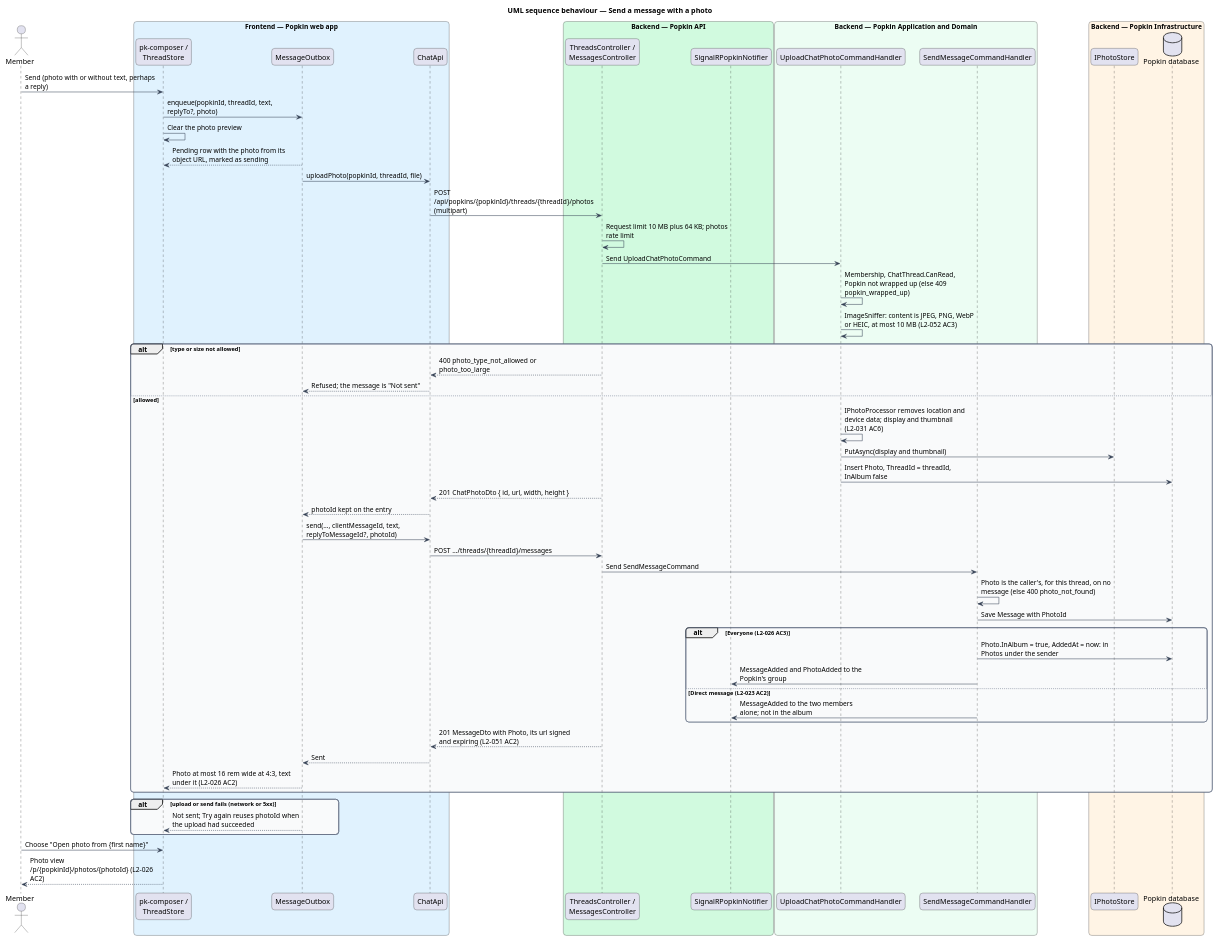
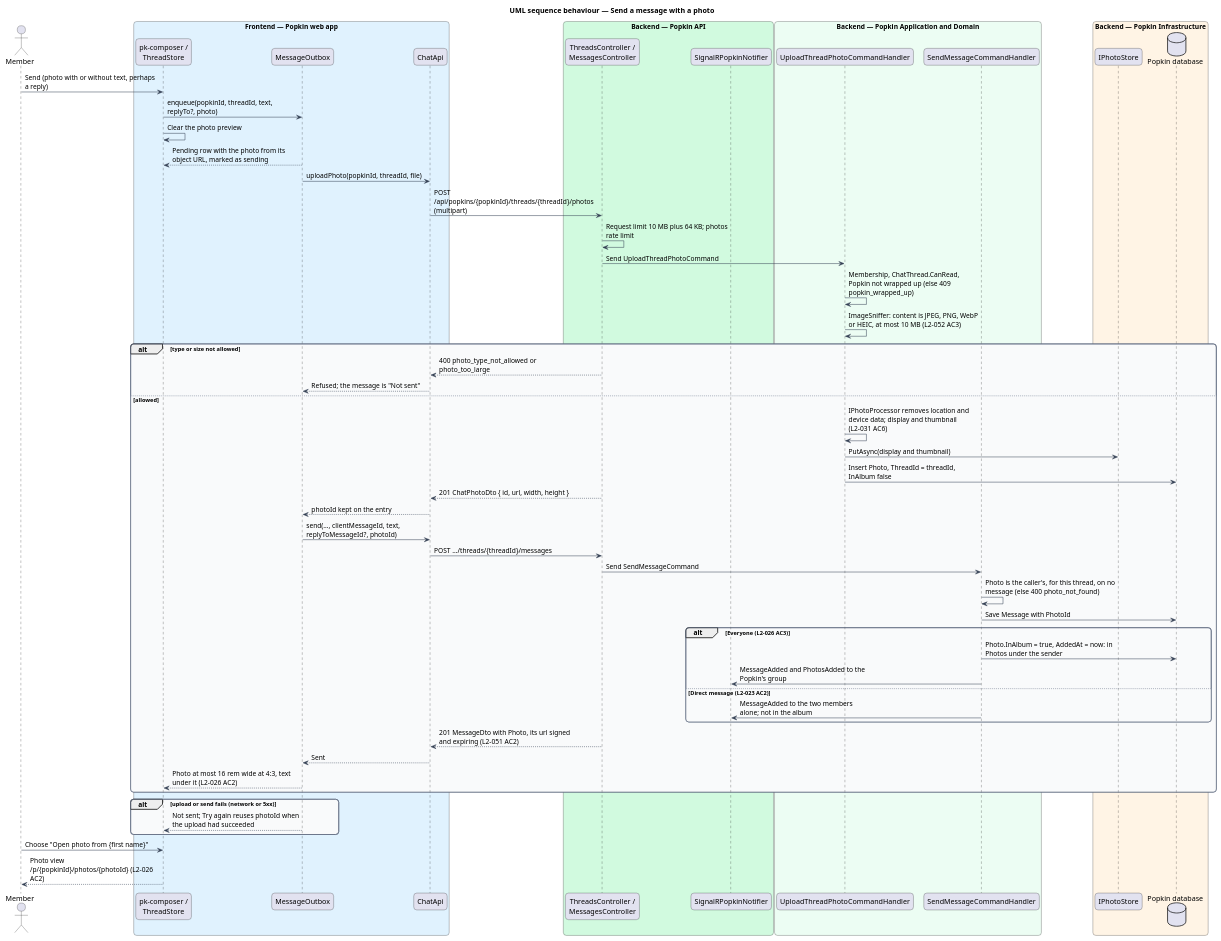
The diagram in docs/detailed-designs/chat/send-photos-in-chat/diagrams/sequence-send-photo-message.puml (QuinntyneBrown/popkin), drawn with PlantUML before and after one commit. The commit also changed 6 other files, not shown here.

First line of the commit message:
Bring the design of sending photos in chat up to what journey 13 built

```diff
--- a/docs/detailed-designs/chat/send-photos-in-chat/diagrams/sequence-send-photo-message.puml
+++ b/docs/detailed-designs/chat/send-photos-in-chat/diagrams/sequence-send-photo-message.puml
@@ -1,76 +1,76 @@
 @startuml
 title UML sequence behaviour — Send a message with a photo
 skinparam backgroundColor #FFFFFF
 skinparam shadowing false
 skinparam roundcorner 12
 skinparam defaultFontName Arial
 skinparam ArrowColor #344054
 skinparam maxMessageSize 260
 skinparam rectangle {
   BorderColor #344054
   FontColor #101828
 }
 skinparam package {
   BorderColor #667085
   FontColor #101828
   BackgroundColor #F9FAFB
 }
 
 actor "Member" as actor
 box "Frontend — Popkin web app" #E0F2FE
   participant "pk-composer /\nThreadStore" as page
   participant "MessageOutbox" as outbox
   participant "ChatApi" as client
 end box
 box "Backend — Popkin API" #D1FADF
   participant "ThreadsController /\nMessagesController" as controller
   participant "SignalRPopkinNotifier" as notifier
 end box
 box "Backend — Popkin Application and Domain" #ECFDF3
-  participant "UploadChatPhotoCommandHandler" as handler
+  participant "UploadThreadPhotoCommandHandler" as handler
   participant "SendMessageCommandHandler" as send
 end box
 box "Backend — Popkin Infrastructure" #FFF4E5
   participant "IPhotoStore" as photos
   database "Popkin database" as db
 end box
 actor -> page : Send (photo with or without text, perhaps a reply)
 page -> outbox : enqueue(popkinId, threadId, text, replyTo?, photo)
 page -> page : Clear the photo preview
 outbox --> page : Pending row with the photo from its object URL, marked as sending
 outbox -> client : uploadPhoto(popkinId, threadId, file)
 client -> controller : POST /api/popkins/{popkinId}/threads/{threadId}/photos (multipart)
 controller -> controller : Request limit 10 MB plus 64 KB; photos rate limit
-controller -> handler : Send UploadChatPhotoCommand
+controller -> handler : Send UploadThreadPhotoCommand
 handler -> handler : Membership, ChatThread.CanRead, Popkin not wrapped up (else 409 popkin_wrapped_up)
 handler -> handler : ImageSniffer: content is JPEG, PNG, WebP or HEIC, at most 10 MB (L2-052 AC3)
 alt type or size not allowed
   controller --> client : 400 photo_type_not_allowed or photo_too_large
   client --> outbox : Refused; the message is "Not sent"
 else allowed
   handler -> handler : IPhotoProcessor removes location and device data; display and thumbnail (L2-031 AC6)
   handler -> photos : PutAsync(display and thumbnail)
   handler -> db : Insert Photo, ThreadId = threadId, InAlbum false
   controller --> client : 201 ChatPhotoDto { id, url, width, height }
   client --> outbox : photoId kept on the entry
   outbox -> client : send(…, clientMessageId, text, replyToMessageId?, photoId)
   client -> controller : POST …/threads/{threadId}/messages
   controller -> send : Send SendMessageCommand
   send -> send : Photo is the caller's, for this thread, on no message (else 400 photo_not_found)
   send -> db : Save Message with PhotoId
   alt Everyone (L2-026 AC3)
     send -> db : Photo.InAlbum = true, AddedAt = now: in Photos under the sender
-    send -> notifier : MessageAdded and PhotoAdded to the Popkin's group
+    send -> notifier : MessageAdded and PhotosAdded to the Popkin's group
   else Direct message (L2-023 AC2)
     send -> notifier : MessageAdded to the two members alone; not in the album
   end
   controller --> client : 201 MessageDto with Photo, its url signed and expiring (L2-051 AC2)
   client --> outbox : Sent
   outbox --> page : Photo at most 16 rem wide at 4:3, text under it (L2-026 AC2)
 end
 alt upload or send fails (network or 5xx)
   outbox --> page : Not sent; Try again reuses photoId when the upload had succeeded
 end
 actor -> page : Choose "Open photo from {first name}"
 page --> actor : Photo view /p/{popkinId}/photos/{photoId} (L2-026 AC2)
 @enduml
```
